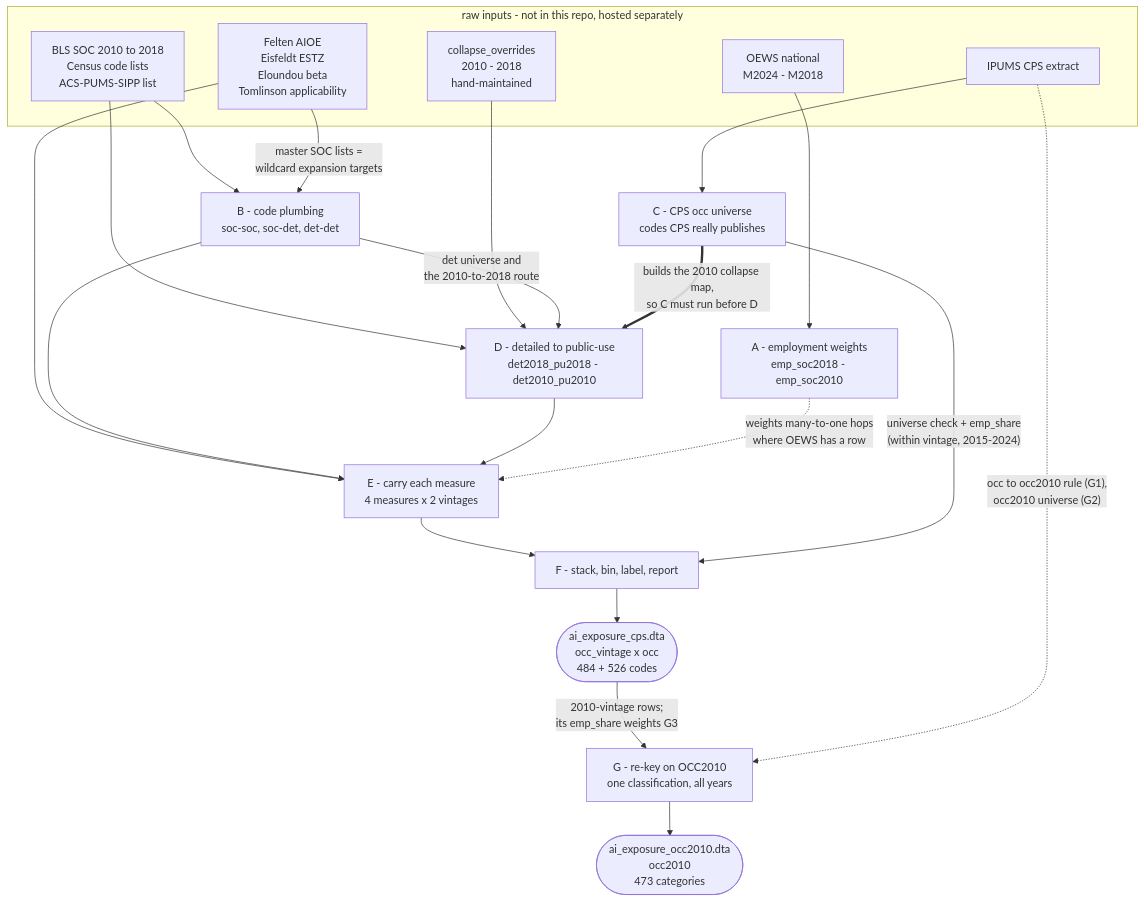
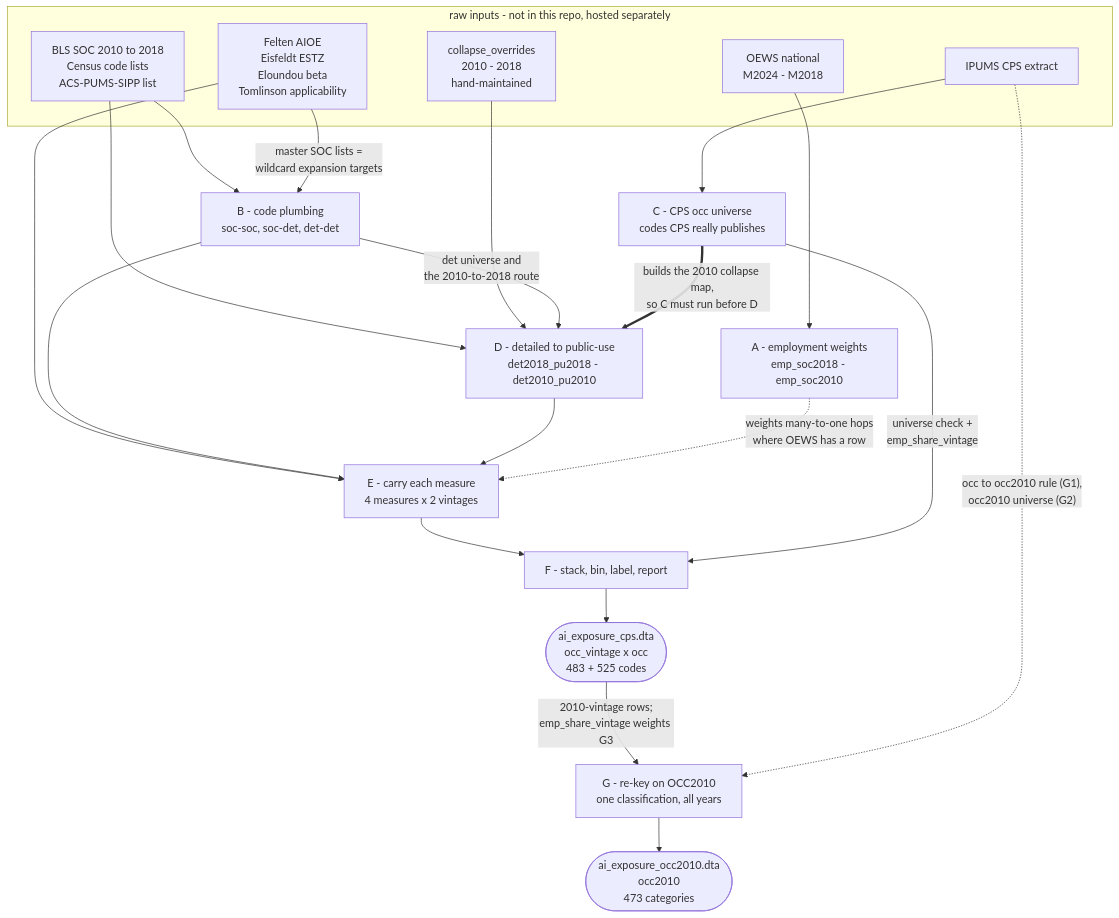
Before and after one commit to EIG-Research/ai-cps-exposure: the diagram in README.md, drawn with Mermaid. The commit also changed other lines of this file and 4 other files, not shown here.

````diff
--- a/README.md
+++ b/README.md
@@ -93,41 +93,41 @@
 ```mermaid
 flowchart TB
   subgraph inputs["raw inputs - not in this repo, hosted separately"]
     OEWS["OEWS national<br/>M2024 - M2018"]
     XW["BLS SOC 2010 to 2018<br/>Census code lists<br/>ACS-PUMS-SIPP list"]
     OVR["collapse_overrides<br/>2010 - 2018<br/>hand-maintained"]
     CPSX["IPUMS CPS extract"]
     MEAS["Felten AIOE<br/>Eisfeldt ESTZ<br/>Eloundou beta<br/>Tomlinson applicability"]
   end
 
   A["A - employment weights<br/>emp_soc2018 - emp_soc2010"]
   B["B - code plumbing<br/>soc-soc, soc-det, det-det"]
   C["C - CPS occ universe<br/>codes CPS really publishes"]
   D["D - detailed to public-use<br/>det2018_pu2018 - det2010_pu2010"]
   E["E - carry each measure<br/>4 measures x 2 vintages"]
   F["F - stack, bin, label, report"]
   G["G - re-key on OCC2010<br/>one classification, all years"]
 
-  OUT1(["ai_exposure_cps.dta<br/>occ_vintage x occ<br/>484 + 526 codes"])
+  OUT1(["ai_exposure_cps.dta<br/>occ_vintage x occ<br/>483 + 525 codes"])
   OUT2(["ai_exposure_occ2010.dta<br/>occ2010<br/>473 categories"])
 
   OEWS --> A
   XW --> B
   XW --> D
   OVR --> D
   CPSX --> C
   MEAS --> E
   MEAS -->|"master SOC lists =<br/>wildcard expansion targets"| B
 
   B -->|"det universe and<br/>the 2010-to-2018 route"| D
   C ==>|"builds the 2010 collapse map,<br/>so C must run before D"| D
   B --> E
   D --> E
   A -.->|"weights many-to-one hops<br/>where OEWS has a row"| E
   E --> F
-  C -->|"universe check + emp_share<br/>(within vintage, 2015-2024)"| F
+  C -->|"universe check +<br/>emp_share_vintage"| F
   F --> OUT1
-  OUT1 -->|"2010-vintage rows;<br/>its emp_share weights G3"| G
+  OUT1 -->|"2010-vintage rows;<br/>emp_share_vintage weights G3"| G
   CPSX -.->|"occ to occ2010 rule (G1),<br/>occ2010 universe (G2)"| G
   G --> OUT2
 ```
````
